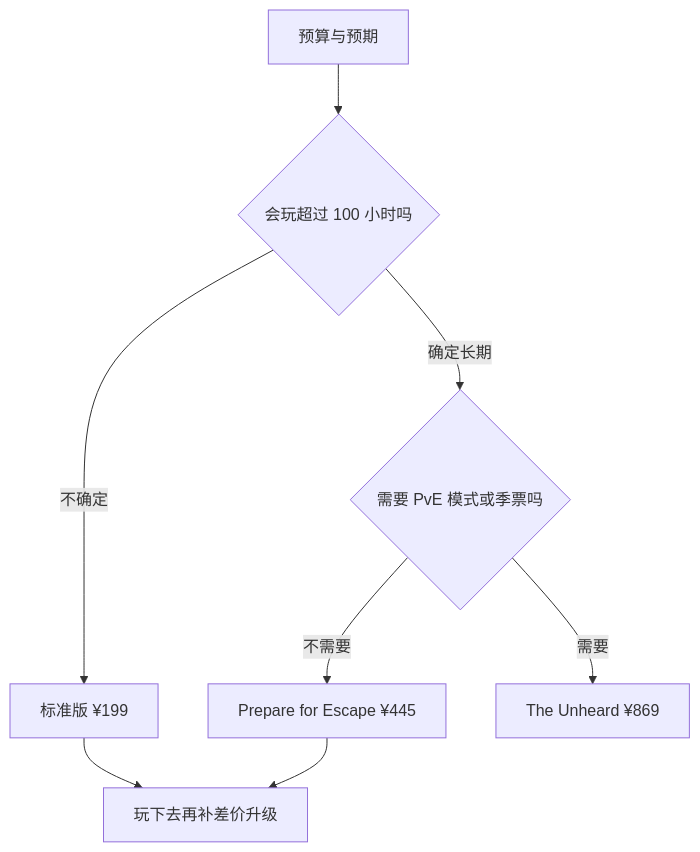
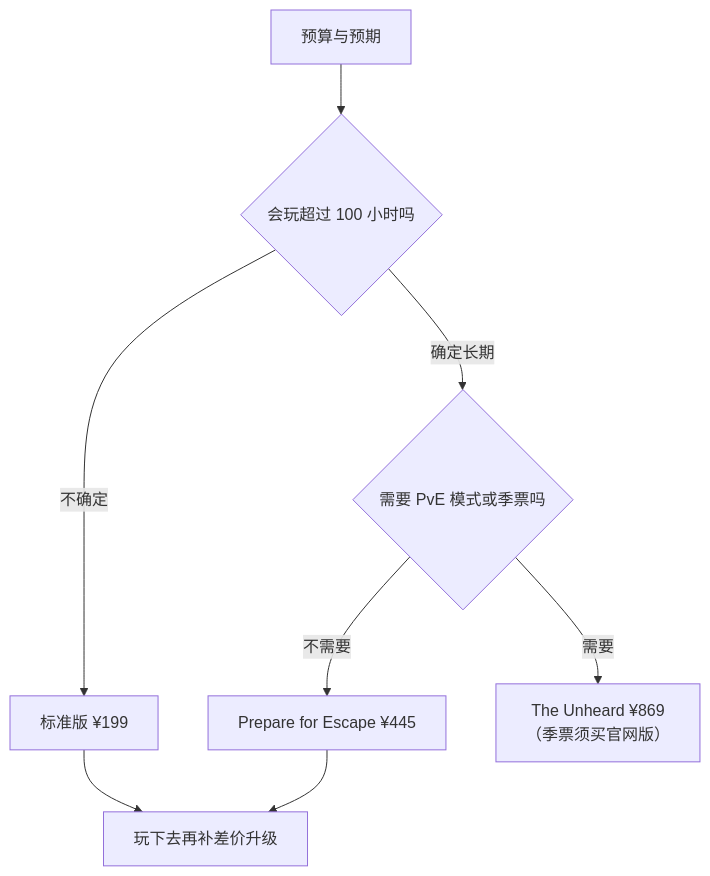
The diagram in content/docs/buying-guide.md (GTX950L/tarkov-encyclopedia), drawn with Mermaid before and after one commit. The commit also changed other lines of this file and 1 other file, not shown here.

````diff
--- a/content/docs/buying-guide.md
+++ b/content/docs/buying-guide.md
@@ -47,10 +58,10 @@
 ```mermaid
 graph TD
     A[预算与预期] --> B{会玩超过 100 小时吗}
     B -->|不确定| C[标准版 ¥199]
     B -->|确定长期| D{需要 PvE 模式或季票吗}
     D -->|不需要| E[Prepare for Escape ¥445]
-    D -->|需要| F[The Unheard ¥869]
+    D -->|需要| F["The Unheard ¥869<br/>（季票须买官网版）"]
     C --> G[玩下去再补差价升级]
     E --> G
 ```
````
